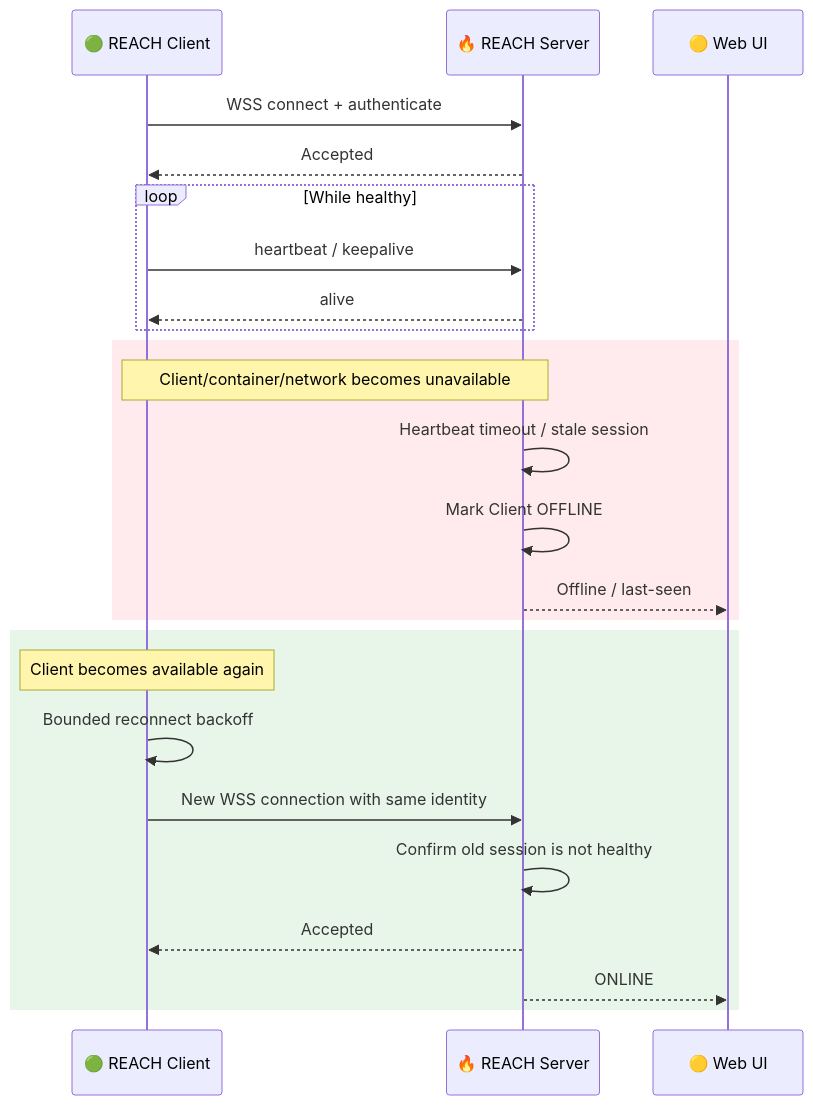
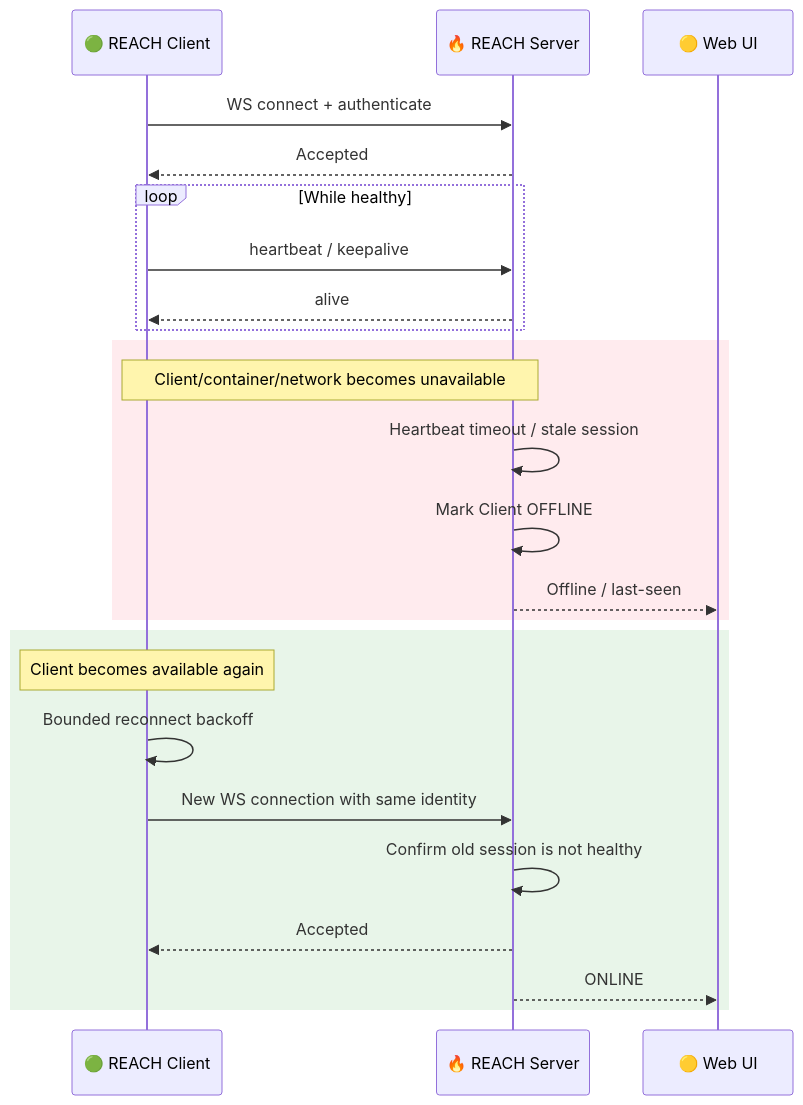
One commit to apinheiro99/reach-mcp changed the eighth of 9 diagrams in docs/architecture.md. Above: the diagram before and after it, drawn with Mermaid. The commit also changed other lines of this file and 13 other files, not shown here.

````diff
--- a/docs/architecture.md
+++ b/docs/architecture.md
@@ -480,29 +483,29 @@
 ```mermaid
 sequenceDiagram
     participant C as 🟢 REACH Client
     participant S as 🔥 REACH Server
     participant UI as 🟡 Web UI
 
-    C->>S: WSS connect + authenticate
+    C->>S: WS connect + authenticate
     S-->>C: Accepted
     loop While healthy
         C->>S: heartbeat / keepalive
         S-->>C: alive
     end
 
     rect rgb(255, 235, 238)
         Note over C,S: Client/container/network becomes unavailable
         S->>S: Heartbeat timeout / stale session
         S->>S: Mark Client OFFLINE
         S-->>UI: Offline / last-seen
     end
 
     rect rgb(232, 245, 233)
         Note over C: Client becomes available again
         C->>C: Bounded reconnect backoff
-        C->>S: New WSS connection with same identity
+        C->>S: New WS connection with same identity
         S->>S: Confirm old session is not healthy
         S-->>C: Accepted
         S-->>UI: ONLINE
     end
 ```
````
